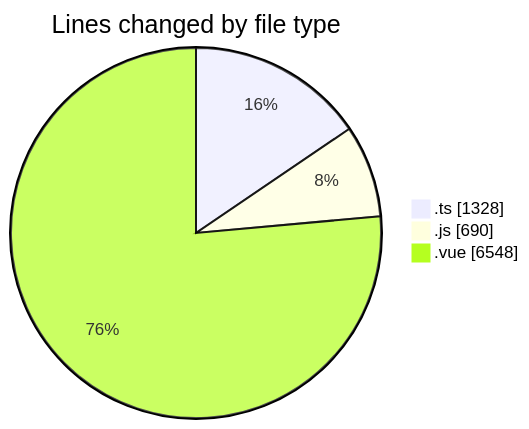
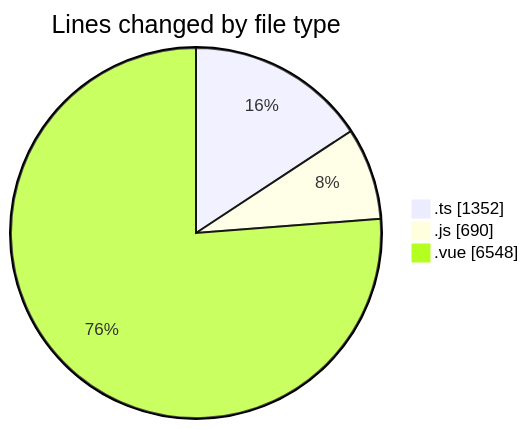
The first of 2 diagrams in 2025-08-16/rentotp/README.md (lephambinh05/code-tracking), drawn with Mermaid before and after one commit. The commit also changed other lines of this file and 1 other file, not shown here.

````diff
--- a/2025-08-16/rentotp/README.md
+++ b/2025-08-16/rentotp/README.md
@@ -38,7 +38,7 @@
 ```mermaid
 pie showData
 title Lines changed by file type
-".ts" : 1328
+".ts" : 1352
 ".js" : 690
 ".vue" : 6548
 ```
````
